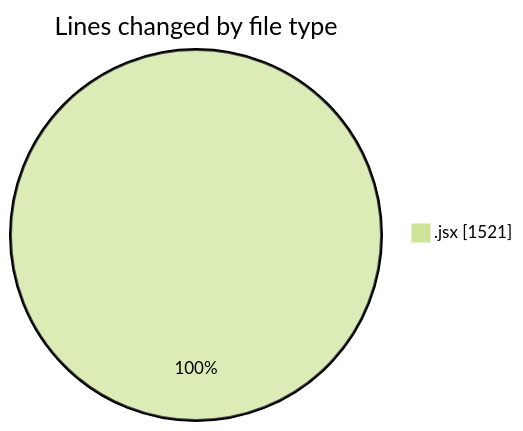
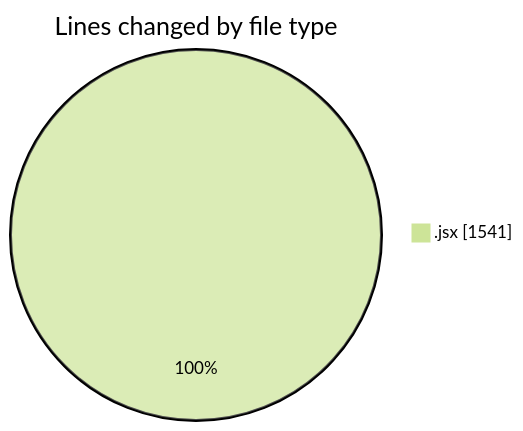
One commit to nxtqubesakshisongat/code-tracking changed the first of 2 diagrams in 2025-08-22/nxtqube_webapp/README.md. Above: the diagram before and after it, drawn with Mermaid (forest theme). The commit also changed other lines of this file and 1 other file, not shown here.

````diff
--- a/2025-08-22/nxtqube_webapp/README.md
+++ b/2025-08-22/nxtqube_webapp/README.md
@@ -20,5 +20,5 @@
 ```mermaid
 pie showData
 title Lines changed by file type
-".jsx" : 1521
+".jsx" : 1541
 ```
````
